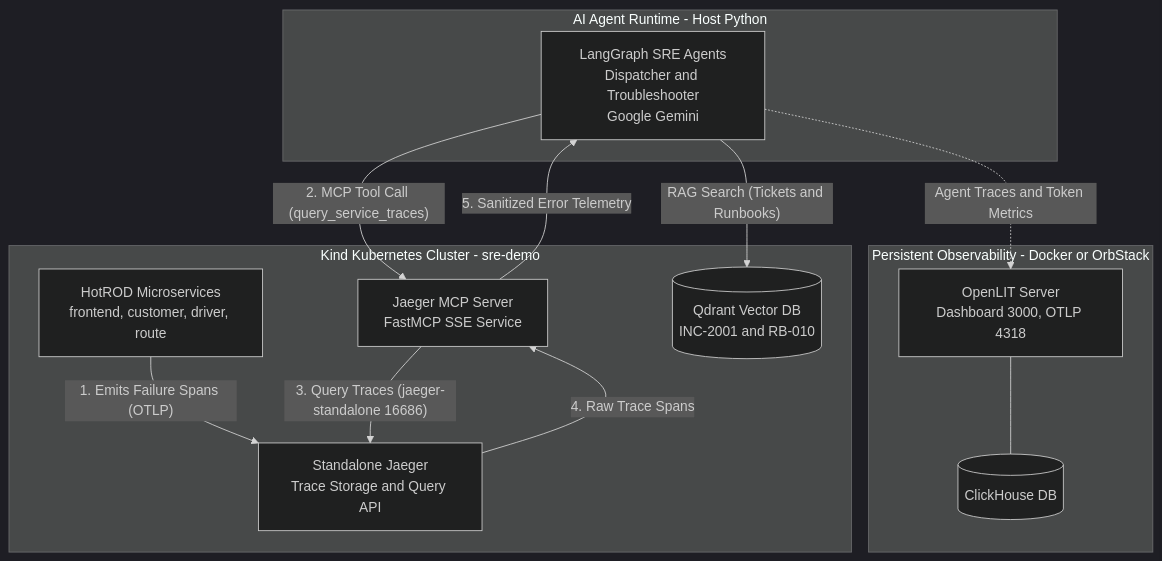
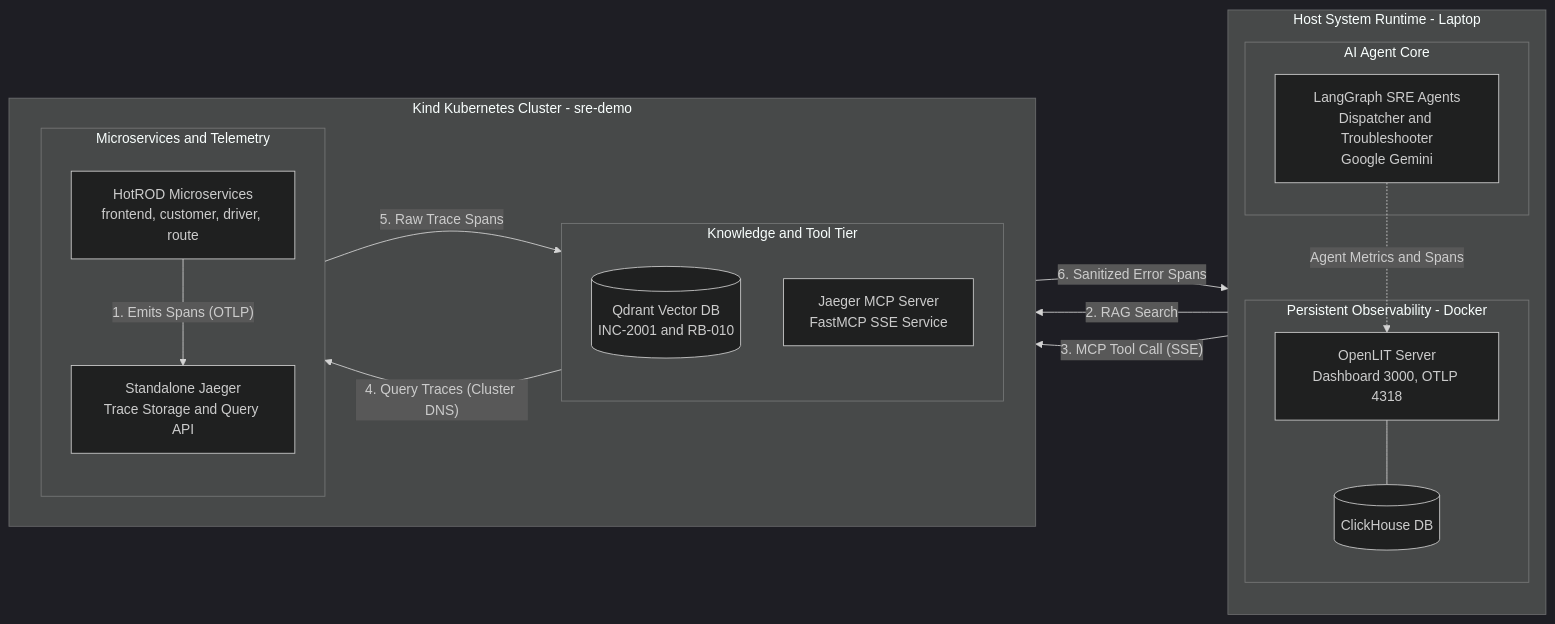
Before and after one commit to hbill75/observe-sre-triage-agent: the diagram in README.md, drawn with Mermaid (dark theme). The commit also changed 1 other file, not shown here.

Commit message:
docs: Diagram fix 4, removed README.md.old

````diff
--- a/README.md
+++ b/README.md
@@ -9,28 +9,38 @@
 ```mermaid
-flowchart TD
-    subgraph Host_Observability [Persistent Observability - Docker or OrbStack]
-        OL["OpenLIT Server<br>Dashboard 3000, OTLP 4318"]
-        CH[("ClickHouse DB")]
-        OL --- CH
-    end
-
-    subgraph Agent_Runtime [AI Agent Runtime - Host Python]
-        AG["LangGraph SRE Agents<br>Dispatcher and Troubleshooter<br>Google Gemini"]
-        AG -. "Agent Traces and Token Metrics" .-> OL
+flowchart LR
+    subgraph Host_Environment [Host System Runtime - Laptop]
+        direction TB
+        subgraph Agent_Runtime [AI Agent Core]
+            AG["LangGraph SRE Agents<br>Dispatcher and Troubleshooter<br>Google Gemini"]
+        end
+        subgraph Host_Observability [Persistent Observability - Docker]
+            OL["OpenLIT Server<br>Dashboard 3000, OTLP 4318"]
+            CH[("ClickHouse DB")]
+            OL --- CH
+        end
+        AG -. "Agent Metrics and Spans" .-> OL
     end
 
     subgraph K8s_Cluster [Kind Kubernetes Cluster - sre-demo]
-        HR["HotROD Microservices<br>frontend, customer, driver, route"]
-        JG["Standalone Jaeger<br>Trace Storage and Query API"]
-        MCP["Jaeger MCP Server<br>FastMCP SSE Service"]
-        QD[("Qdrant Vector DB<br>INC-2001 and RB-010")]
+        direction LR
+        subgraph K8s_Tools [Knowledge and Tool Tier]
+            direction TB
+            QD[("Qdrant Vector DB<br>INC-2001 and RB-010")]
+            MCP["Jaeger MCP Server<br>FastMCP SSE Service"]
+        end
 
-        HR -->|"1. Emits Failure Spans (OTLP)"| JG
-        MCP -->|"3. Query Traces (jaeger-standalone 16686)"| JG
-        JG -->|"4. Raw Trace Spans"| MCP
+        subgraph K8s_Services [Microservices and Telemetry]
+            direction TB
+            HR["HotROD Microservices<br>frontend, customer, driver, route"]
+            JG["Standalone Jaeger<br>Trace Storage and Query API"]
+            HR -->|"1. Emits Spans (OTLP)"| JG
+        end
+
+        MCP -->|"4. Query Traces (Cluster DNS)"| JG
+        JG -->|"5. Raw Trace Spans"| MCP
     end
 
-    AG -->|"RAG Search (Tickets and Runbooks)"| QD
-    AG -->|"2. MCP Tool Call (query_service_traces)"| MCP
-    MCP -->|"5. Sanitized Error Telemetry"| AG
+    AG -->|"2. RAG Search"| QD
+    AG -->|"3. MCP Tool Call (SSE)"| MCP
+    MCP -->|"6. Sanitized Error Spans"| AG
 ```
````
